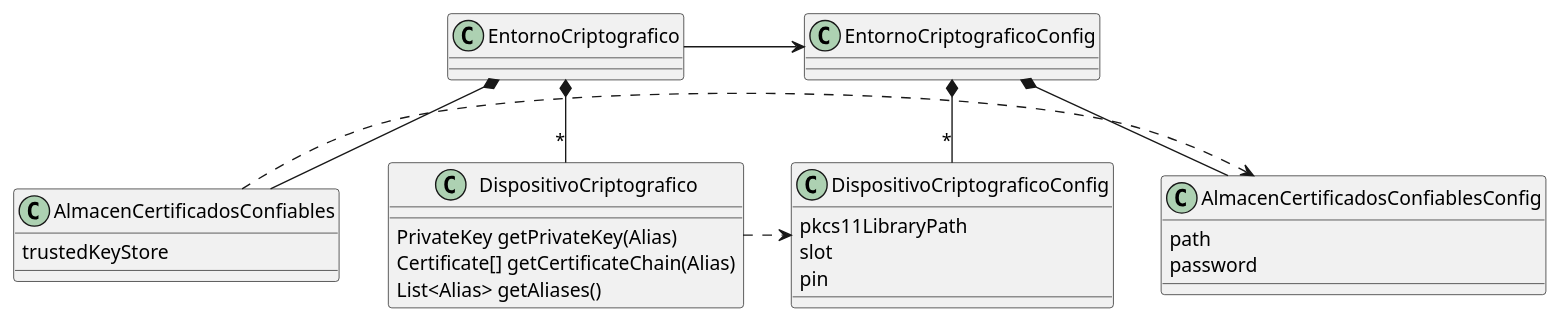
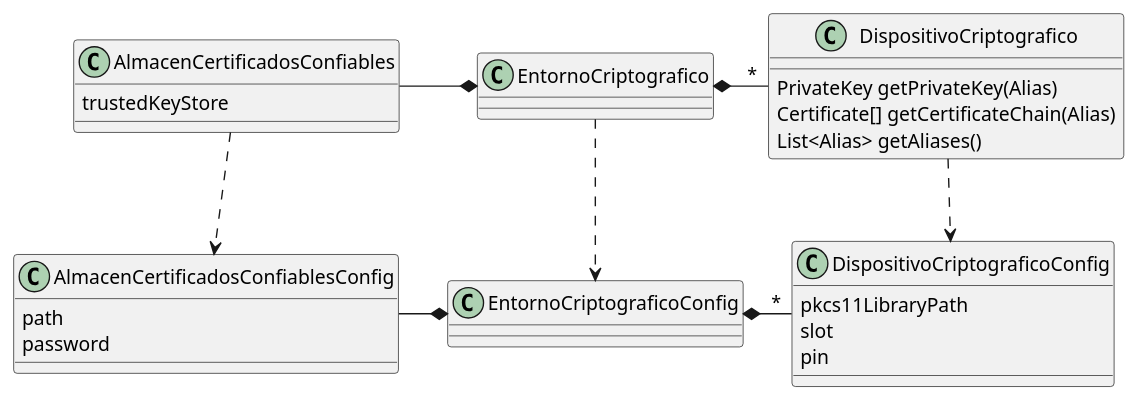
The diagram in src/main/java/com/educaflow/common/criptografia/criptografia.plantuml (educaflow/pruebasLorenzo), drawn with PlantUML before and after one commit. The commit also changed 1 other file, not shown here.

Commit message:
Cambiar diagrama UML

```diff
--- a/src/main/java/com/educaflow/common/criptografia/criptografia.plantuml
+++ b/src/main/java/com/educaflow/common/criptografia/criptografia.plantuml
@@ -1,37 +1,37 @@
 @startuml
-EntornoCriptografico -> EntornoCriptograficoConfig
+EntornoCriptografico ..> EntornoCriptograficoConfig
+DispositivoCriptografico ..> DispositivoCriptograficoConfig
+AlmacenCertificadosConfiables ..> AlmacenCertificadosConfiablesConfig
 
-EntornoCriptografico *--  AlmacenCertificadosConfiables
-EntornoCriptografico *-- "*" DispositivoCriptografico
+EntornoCriptografico *-left-  AlmacenCertificadosConfiables
+EntornoCriptografico *-right- "*" DispositivoCriptografico
 
-EntornoCriptograficoConfig *--  AlmacenCertificadosConfiablesConfig
-EntornoCriptograficoConfig *-- "*" DispositivoCriptograficoConfig
+EntornoCriptograficoConfig *-left-  AlmacenCertificadosConfiablesConfig
+EntornoCriptograficoConfig *-right- "*" DispositivoCriptograficoConfig
 
 
 
 
 class AlmacenCertificadosConfiables {
     trustedKeyStore
 }
 
 class DispositivoCriptografico {
     PrivateKey getPrivateKey(Alias)
     Certificate[] getCertificateChain(Alias)
     List<Alias> getAliases()
 }
 
 class DispositivoCriptograficoConfig {
     pkcs11LibraryPath
     slot
     pin
 }
 
 class AlmacenCertificadosConfiablesConfig {
     path
     password
 }
 
-DispositivoCriptografico .> DispositivoCriptograficoConfig
-AlmacenCertificadosConfiables .> AlmacenCertificadosConfiablesConfig
 
 @enduml
```
